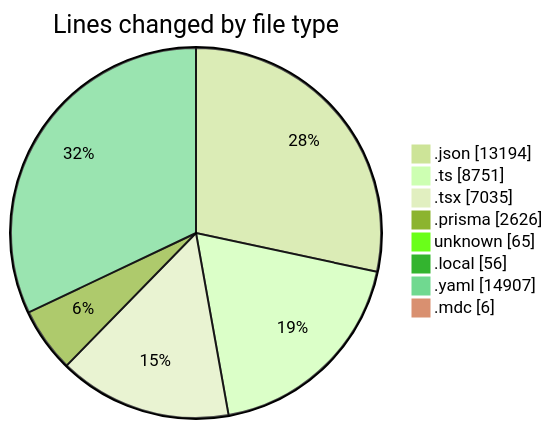
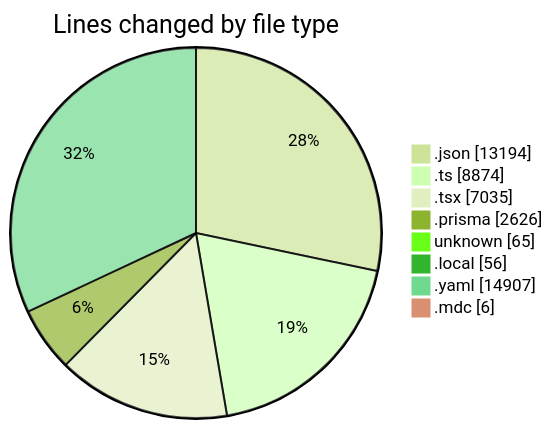
One commit to CELIANVF/code-tracking changed the first of 2 diagrams in 2025-05-15/ecodeli-1/README.md. Above: the diagram before and after it, drawn with Mermaid (forest theme). The commit also changed other lines of this file and 1 other file, not shown here.

````diff
--- a/2025-05-15/ecodeli-1/README.md
+++ b/2025-05-15/ecodeli-1/README.md
@@ -67,12 +67,12 @@
 ```mermaid
 pie showData
 title Lines changed by file type
 ".json" : 13194
-".ts" : 8751
+".ts" : 8874
 ".tsx" : 7035
 ".prisma" : 2626
 "unknown" : 65
 ".local" : 56
 ".yaml" : 14907
 ".mdc" : 6
 ```
````
